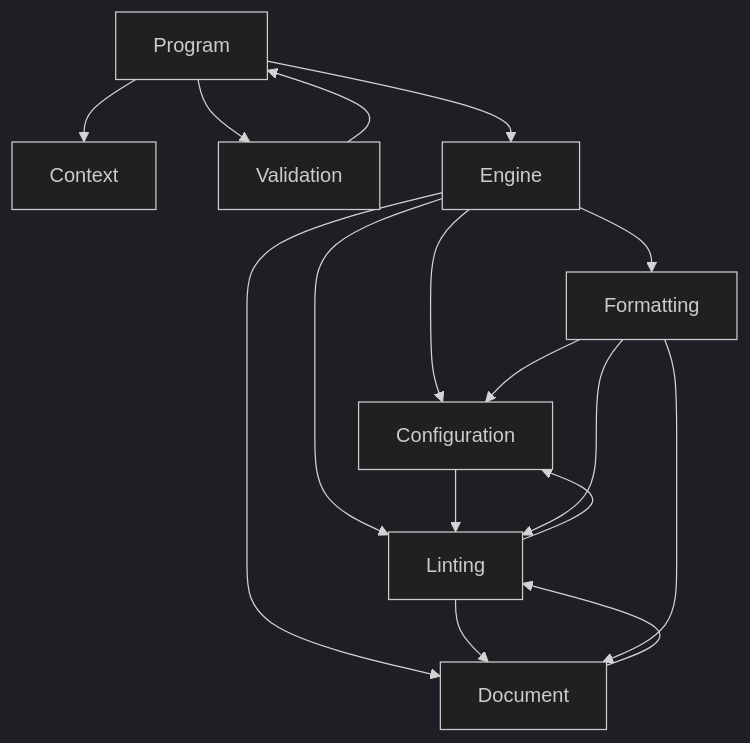
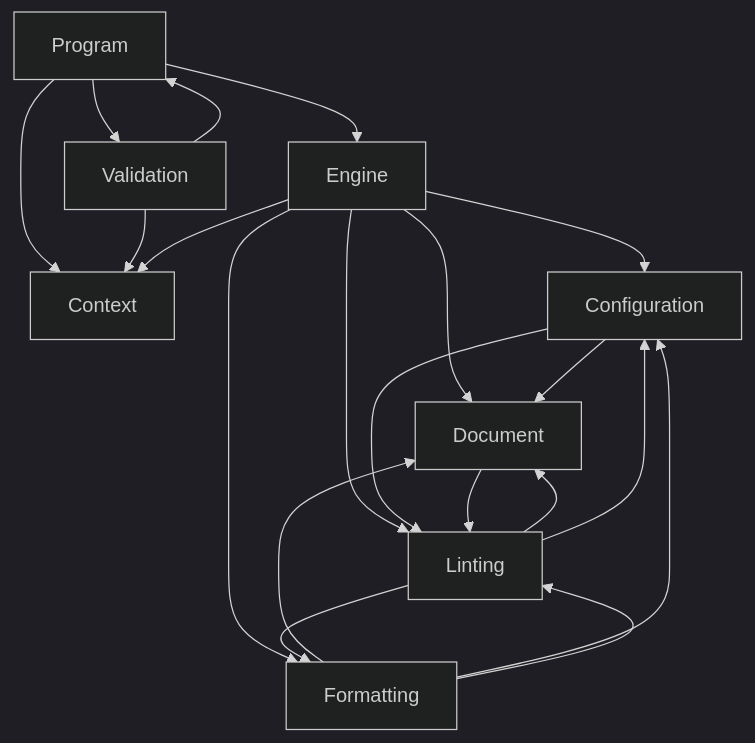
Before and after one commit to demaconsulting/LintMark: the diagram in docs/design/lintmark.md, drawn with Mermaid (dark theme). The commit also changed other lines of this file and 63 other files, not shown here.

````diff
--- a/docs/design/lintmark.md
+++ b/docs/design/lintmark.md
@@ -20,18 +20,22 @@
 ```mermaid
 flowchart TD
     Program --> Context
     Program --> Validation
     Program --> Engine
     Validation --> Program
+    Validation --> Context
+    Engine --> Context
     Engine --> Configuration
     Engine --> Document
     Engine --> Linting
     Engine --> Formatting
+    Configuration --> Document
     Configuration --> Linting
     Document --> Linting
     Linting --> Document
     Linting --> Configuration
+    Linting --> Formatting
     Formatting --> Document
     Formatting --> Configuration
     Formatting --> Linting
 ```
````
